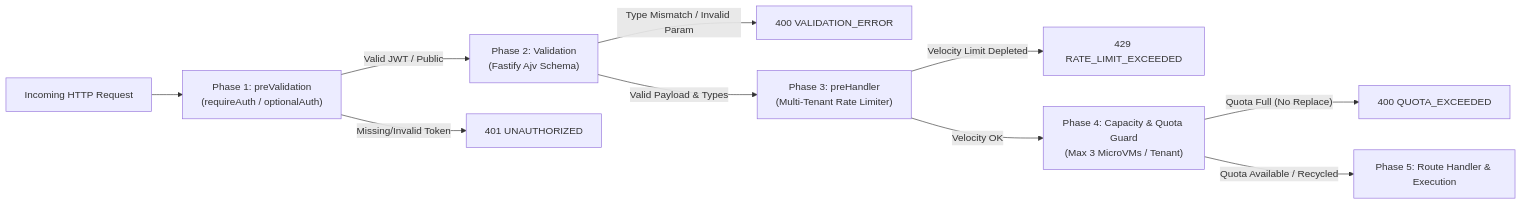
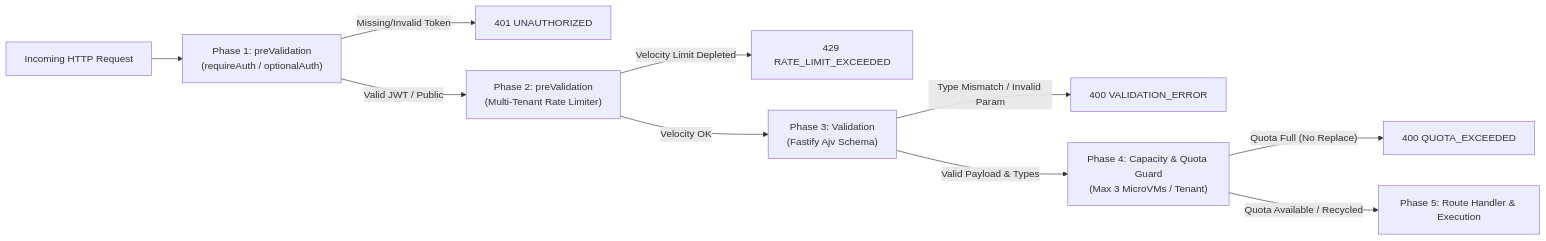
The diagram in backend/README.md (Psychopomp3012/Atelier-integrated-ai-web-ui), drawn with Mermaid before and after one commit. The commit also changed other lines of this file and 87 other files, not shown here.

````diff
--- a/backend/README.md
+++ b/backend/README.md
@@ -11,12 +11,12 @@
 ```mermaid
 flowchart LR
     A["Incoming HTTP Request"] --> B["Phase 1: preValidation<br/>(requireAuth / optionalAuth)"]
-    B -- Valid JWT / Public --> C["Phase 2: Validation<br/>(Fastify Ajv Schema)"]
     B -- Missing/Invalid Token --> ERR401["401 UNAUTHORIZED"]
-    C -- Type Mismatch / Invalid Param --> ERR400["400 VALIDATION_ERROR"]
-    C -- Valid Payload & Types --> D["Phase 3: preHandler<br/>(Multi-Tenant Rate Limiter)"]
-    D -- Velocity Limit Depleted --> ERR429["429 RATE_LIMIT_EXCEEDED"]
-    D -- Velocity OK --> E["Phase 4: Capacity & Quota Guard<br/>(Max 3 MicroVMs / Tenant)"]
+    B -- Valid JWT / Public --> C["Phase 2: preValidation<br/>(Multi-Tenant Rate Limiter)"]
+    C -- Velocity Limit Depleted --> ERR429["429 RATE_LIMIT_EXCEEDED"]
+    C -- Velocity OK --> D["Phase 3: Validation<br/>(Fastify Ajv Schema)"]
+    D -- Type Mismatch / Invalid Param --> ERR400["400 VALIDATION_ERROR"]
+    D -- Valid Payload & Types --> E["Phase 4: Capacity & Quota Guard<br/>(Max 3 MicroVMs / Tenant)"]
     E -- Quota Full (No Replace) --> ERR_CAP["400 QUOTA_EXCEEDED"]
     E -- Quota Available / Recycled --> F["Phase 5: Route Handler & Execution"]
 ```
````
